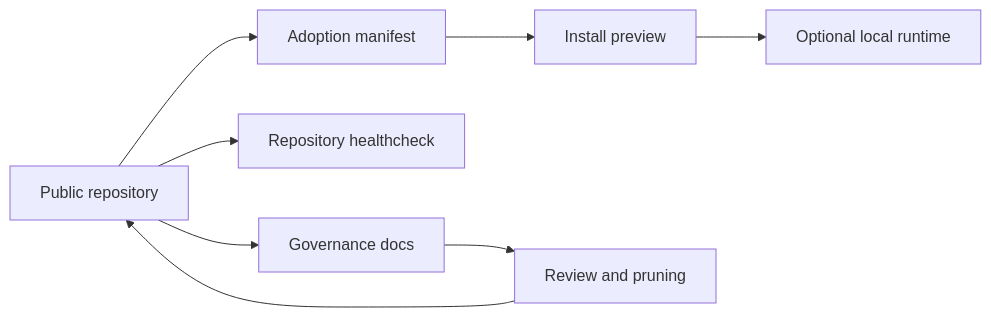
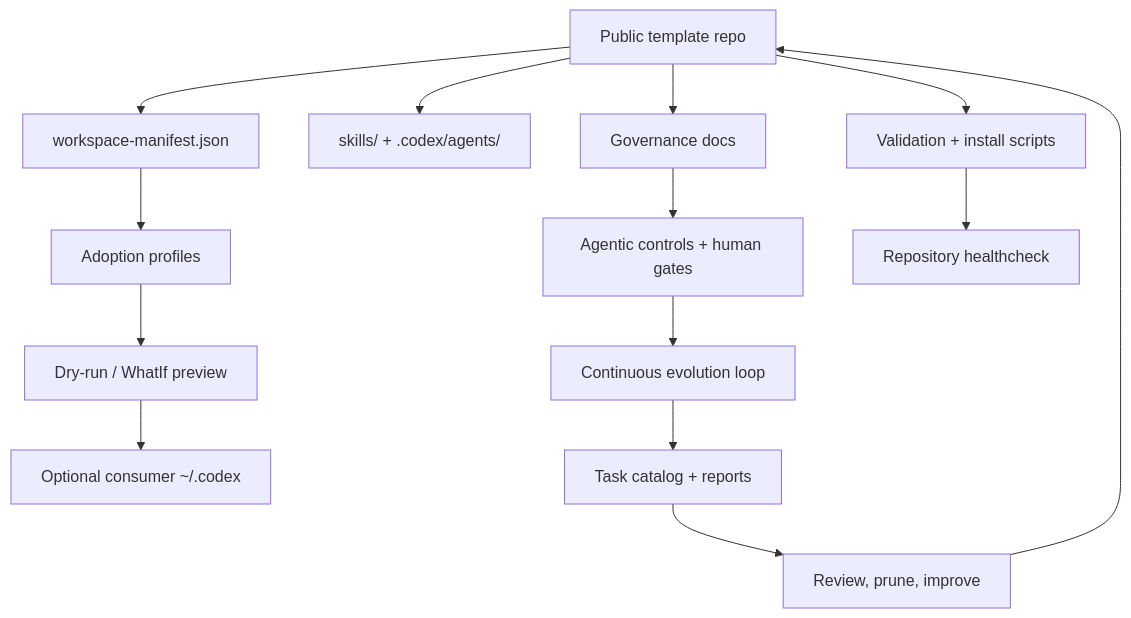
Before and after one commit to manulazs/development-workspace-codex: the diagram in README.md, drawn with Mermaid. The commit also changed other lines of this file and 5 other files, not shown here.

Commit message:
docs: improve public workspace presentation

````diff
--- a/README.md
+++ b/README.md
@@ -30,10 +55,18 @@
 ```mermaid
-flowchart LR
-  repo[Public repository] --> manifest[Adoption manifest]
-  repo --> health[Repository healthcheck]
-  manifest --> preview[Install preview]
-  preview --> runtime[Optional local runtime]
-  repo --> docs[Governance docs]
-  docs --> review[Review and pruning]
+flowchart TD
+  repo["Public template repo"] --> manifest["workspace-manifest.json"]
+  repo --> capabilities["skills/ + .codex/agents/"]
+  repo --> docs["Governance docs"]
+  repo --> scripts["Validation + install scripts"]
+
+  manifest --> profiles["Adoption profiles"]
+  profiles --> preview["Dry-run / WhatIf preview"]
+  preview --> runtime["Optional consumer ~/.codex"]
+
+  docs --> controls["Agentic controls + human gates"]
+  controls --> evolution["Continuous evolution loop"]
+  scripts --> health["Repository healthcheck"]
+  evolution --> reports["Task catalog + reports"]
+  reports --> review["Review, prune, improve"]
   review --> repo
 ```
````
